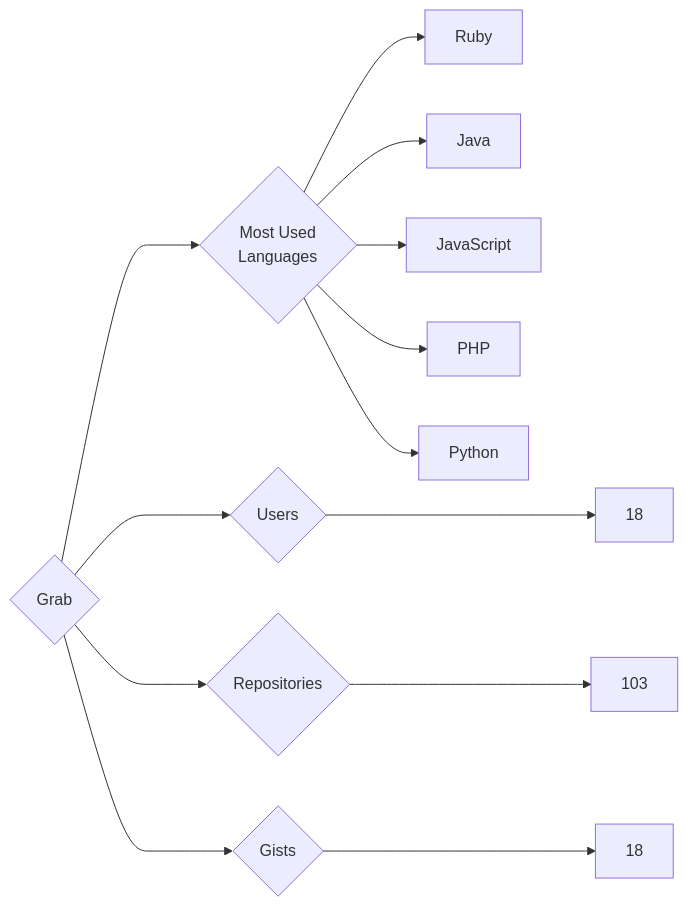
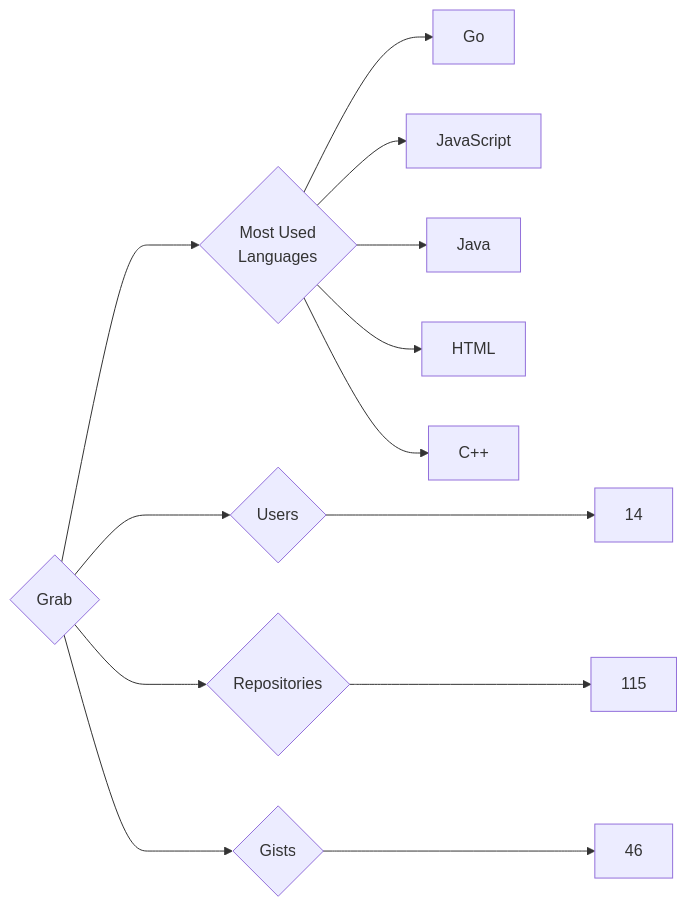
Before and after one commit to trickest/insiders: the diagram in targets/Grab/README.md, drawn with Mermaid. The commit also changed 736 other files, not shown here.

````diff
--- a/targets/Grab/README.md
+++ b/targets/Grab/README.md
@@ -3,13 +3,13 @@
 ```mermaid
 graph LR
 COMPANY_NAME{Grab}
-COMPANY_NAME ---> U{Users} ---> UN[18]
-COMPANY_NAME ---> R{Repositories} ---> RN[103]
-COMPANY_NAME ---> G{Gists} ---> GN[18]
+COMPANY_NAME ---> U{Users} ---> UN[14]
+COMPANY_NAME ---> R{Repositories} ---> RN[115]
+COMPANY_NAME ---> G{Gists} ---> GN[46]
 COMPANY_NAME ---> ML{Most Used<br>Languages}
-ML --> Ruby[Ruby]
+ML --> Go[Go]
+ML --> JavaScript[JavaScript]
 ML --> Java[Java]
-ML --> JavaScript[JavaScript]
-ML --> PHP[PHP]
-ML --> Python[Python]
+ML --> HTML[HTML]
+ML --> C++[C++]
 ```
````
